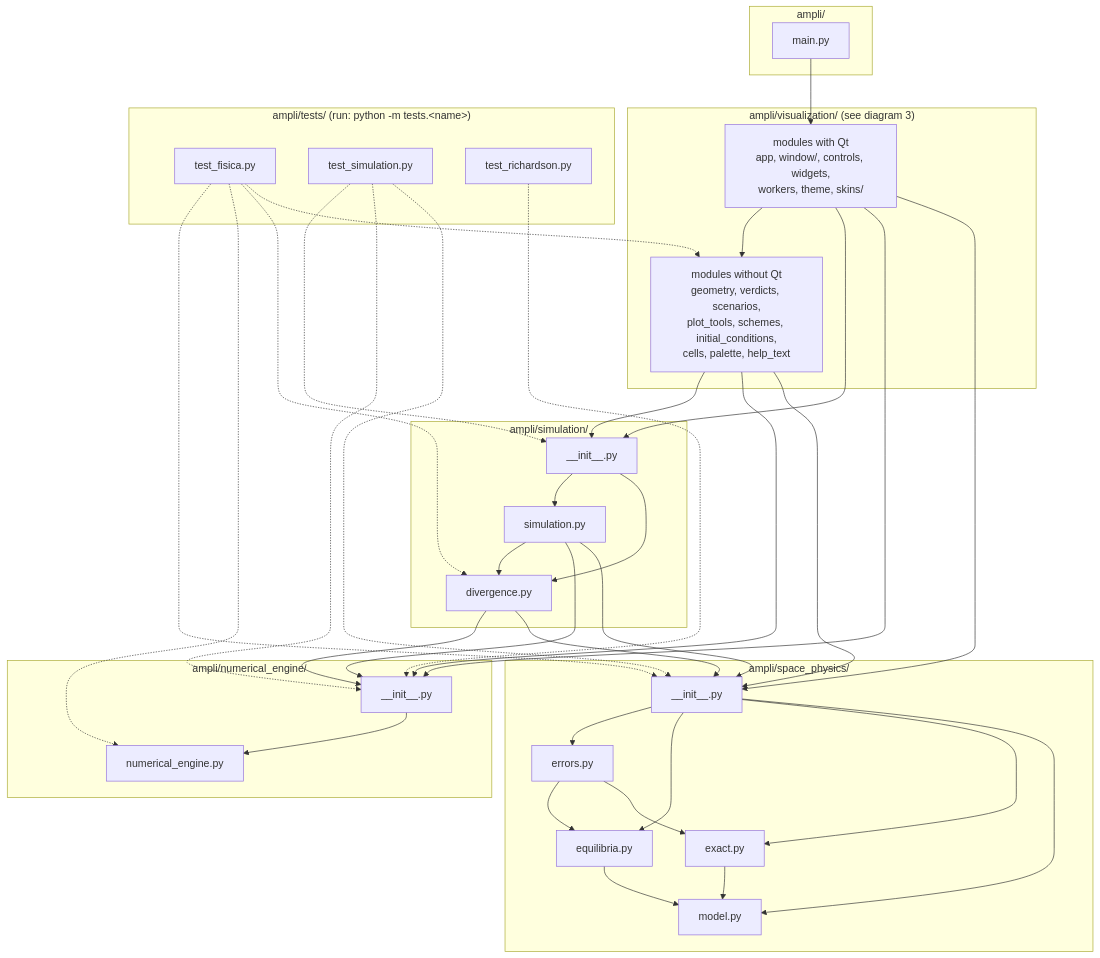
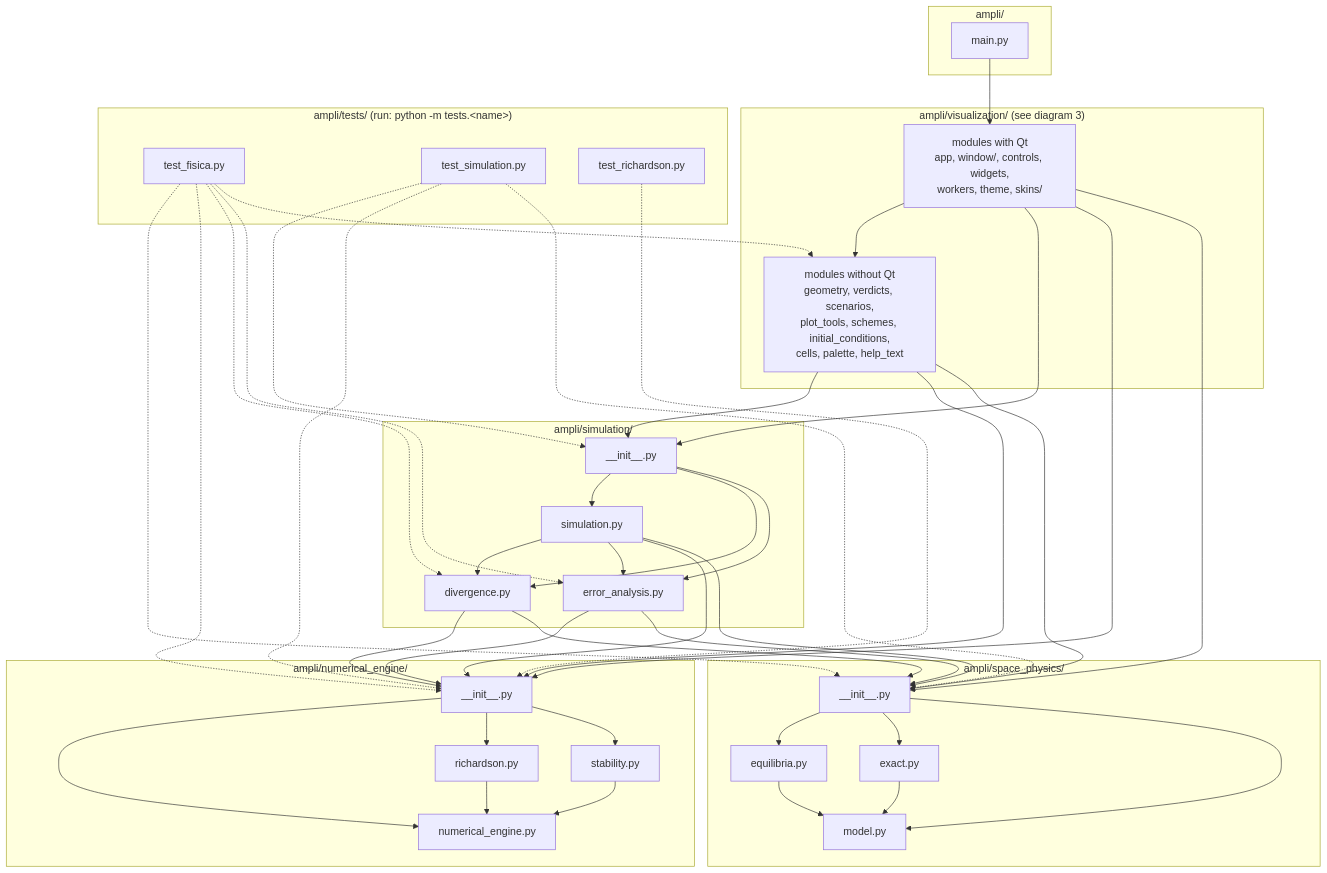
Before and after one commit to nuriasantamaria/grupo-4---integrantes-Beatriz-Sanz-Nuria-Santamaria-Juanjo-Campillo: the second of 3 diagrams in read me/FLOWCHART.md, drawn with Mermaid. The commit also changed other lines of this file and 16 other files, not shown here.

Commit message:
nueva división: space_physics/: model.py, exact.py y equilibria.py numerical_engine/: numerical_engine.py (Newton, esquemas, integración y noise_floor), richardson.py y stability.py simulation/: simulation.py, divergence.py y error_analysis.py

````diff
--- a/read me/FLOWCHART.md
+++ b/read me/FLOWCHART.md
@@ -83,63 +82,71 @@
 ```mermaid
 flowchart TD
     subgraph ROOT["ampli/"]
         MAIN["main.py"]
     end
 
     subgraph VIS["ampli/visualization/ (see diagram 3)"]
         V_QT["modules with Qt<br/>app, window/, controls, widgets,<br/>workers, theme, skins/"]
         V_PURE["modules without Qt<br/>geometry, verdicts, scenarios,<br/>plot_tools, schemes, initial_conditions,<br/>cells, palette, help_text"]
     end
 
     subgraph SIM["ampli/simulation/"]
         S_INIT["__init__.py"]
         S_SIM["simulation.py"]
         S_DIV["divergence.py"]
+        S_ERR["error_analysis.py"]
     end
 
     subgraph ENG["ampli/numerical_engine/"]
         E_INIT["__init__.py"]
+        E_RICH["richardson.py"]
+        E_STAB["stability.py"]
         E_NE["numerical_engine.py"]
     end
 
     subgraph PHYS["ampli/space_physics/"]
         P_INIT["__init__.py"]
-        P_ERR["errors.py"]
         P_EQ["equilibria.py"]
         P_EX["exact.py"]
         P_MOD["model.py"]
     end
 
     subgraph TESTS["ampli/tests/ (run: python -m tests.&lt;name&gt;)"]
         T_FIS["test_fisica.py"]
         T_SIM["test_simulation.py"]
         T_RICH["test_richardson.py"]
     end
 
     MAIN --> V_QT
     V_QT --> V_PURE
     V_QT --> S_INIT
     V_QT --> E_INIT
     V_QT --> P_INIT
     V_PURE --> S_INIT
     V_PURE --> E_INIT
     V_PURE --> P_INIT
 
     S_INIT --> S_SIM
     S_INIT --> S_DIV
+    S_INIT --> S_ERR
     S_SIM --> S_DIV
+    S_SIM --> S_ERR
     S_SIM --> E_INIT
     S_SIM --> P_INIT
     S_DIV --> E_INIT
     S_DIV --> P_INIT
+    S_ERR --> E_INIT
+    S_ERR --> P_INIT
 
-    E_INIT --> E_NE
+    E_INIT --> E_NE & E_RICH & E_STAB
+    E_RICH --> E_NE
+    E_STAB --> E_NE
 
-    P_INIT --> P_ERR & P_EQ & P_EX & P_MOD
-    P_ERR --> P_EQ --> P_MOD
-    P_ERR --> P_EX --> P_MOD
+    P_INIT --> P_EQ & P_EX & P_MOD
+    P_EQ --> P_MOD
+    P_EX --> P_MOD
 
-    T_FIS -.-> P_INIT & E_NE & S_DIV & V_PURE
+    T_FIS -.-> P_INIT & E_INIT & S_DIV & S_ERR & V_PURE
     T_SIM -.-> S_INIT & E_INIT & P_INIT
     T_RICH -.-> E_INIT
 ```
````
